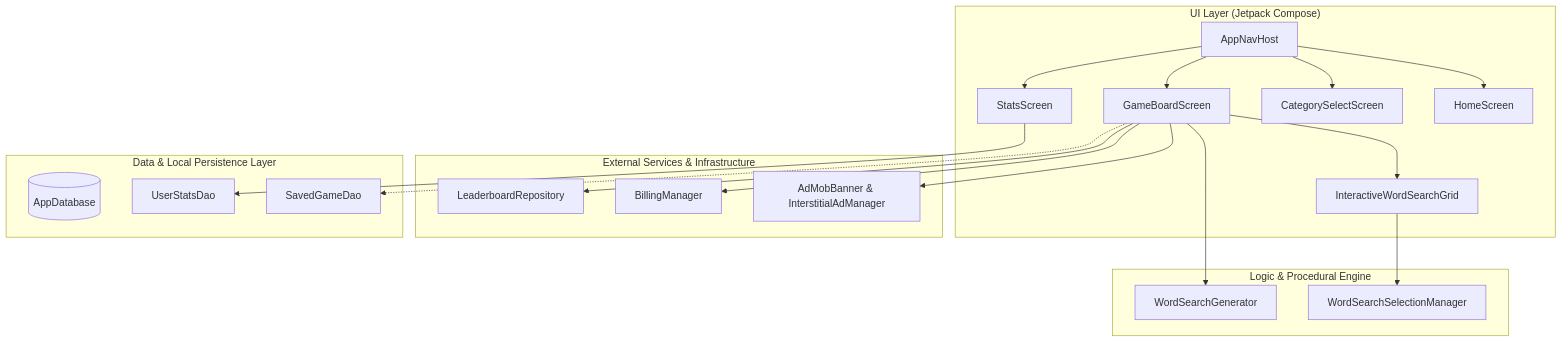
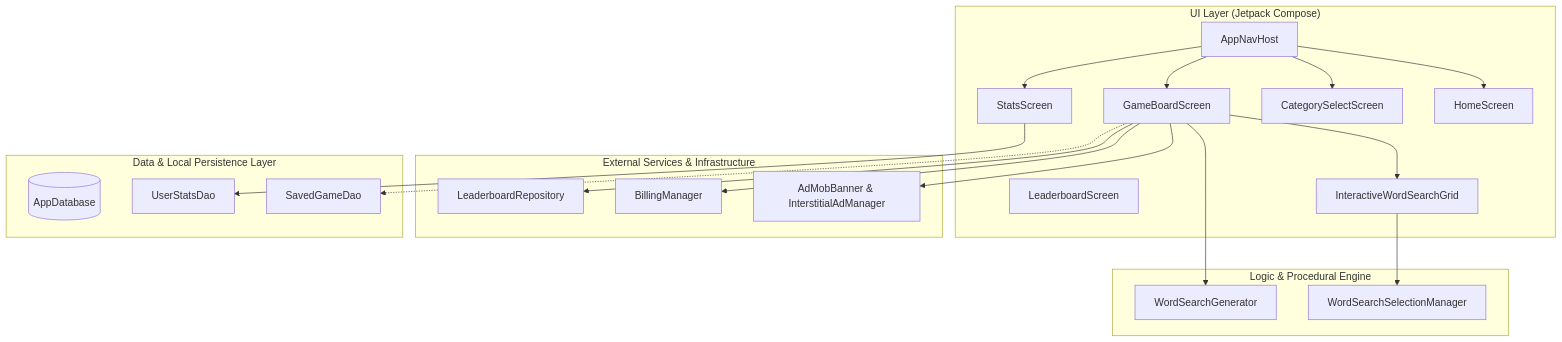
Before and after one commit to squarestudios89-cyber/SimplySeek: the diagram in AS_BUILT.md, drawn with Mermaid. The commit also changed other lines of this file and 15 other files, not shown here.

````diff
--- a/AS_BUILT.md
+++ b/AS_BUILT.md
@@ -54,44 +56,45 @@
 ```mermaid
 flowchart TD
     subgraph UI ["UI Layer (Jetpack Compose)"]
         Nav[AppNavHost]
         Home[HomeScreen]
         CatSelect[CategorySelectScreen]
         Board[GameBoardScreen]
         Stats[StatsScreen]
+        Leaderboard[LeaderboardScreen]
         GridComp[InteractiveWordSearchGrid]
     end
 
     subgraph Logic ["Logic & Procedural Engine"]
         Generator[WordSearchGenerator]
         SelectionMgr[WordSearchSelectionManager]
     end
 
     subgraph Services ["External Services & Infrastructure"]
         AdMob[AdMobBanner & InterstitialAdManager]
         Billing[BillingManager]
         Firestore[LeaderboardRepository]
     end
 
     subgraph Data ["Data & Local Persistence Layer"]
         RoomDB[(AppDatabase)]
         SavedDao[SavedGameDao]
         StatsDao[UserStatsDao]
     end
 
     Nav --> Home
     Nav --> CatSelect
     Nav --> Board
     Nav --> Stats
 
     Board --> GridComp
     Board --> Generator
     GridComp --> SelectionMgr
 
     Board --> AdMob
     Board --> Billing
     Board --> Firestore
 
     Stats --> StatsDao
     Board -.-> SavedDao
 ```
````
